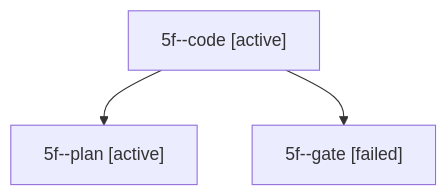
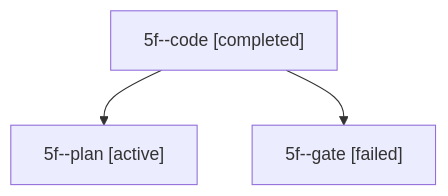
The diagram in sessions/bbugyi200.apollo.5f.md (bobs-org/bob-cli--agents), drawn with Mermaid before and after one commit. The commit also changed other lines of this file and 29 other files, not shown here.

````diff
--- a/sessions/bbugyi200.apollo.5f.md
+++ b/sessions/bbugyi200.apollo.5f.md
@@ -9,8 +9,8 @@
 ```mermaid
 flowchart TD
-  n0["5f--code [active]"]
+  n0["5f--code [completed]"]
   n1["5f--plan [active]"]
   n0 --> n1
   n2["5f--gate [failed]"]
   n0 --> n2
 ```
````
